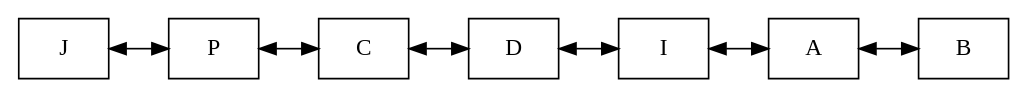
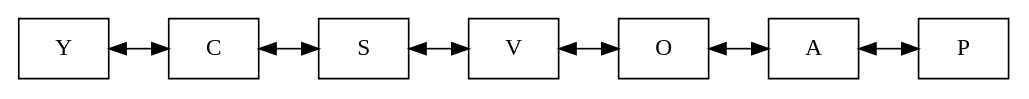
The diagram in dot_s/lista_letras_player_uno.dot (RoberttHernan/EDD_1S2020_PY1_201700870), drawn with Graphviz before and after one commit. The commit also changed 4 other files, not shown here.

```diff
--- a/dot_s/lista_letras_player_uno.dot
+++ b/dot_s/lista_letras_player_uno.dot
@@ -1,13 +1,13 @@
 digraph G {
  rankdir=LR 
  node[shape=box] 
-node1[label = "J"]
-node2[label = "P"]
-node3[label = "C"]
-node4[label = "D"]
-node5[label = "I"]
+node1[label = "Y"]
+node2[label = "C"]
+node3[label = "S"]
+node4[label = "V"]
+node5[label = "O"]
 node6[label = "A"]
-node7[label = "B"]
+node7[label = "P"]
 node1->node2->node3->node4->node5->node6->node7[dir=both];
 
 }
```
